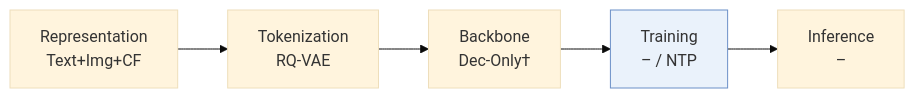
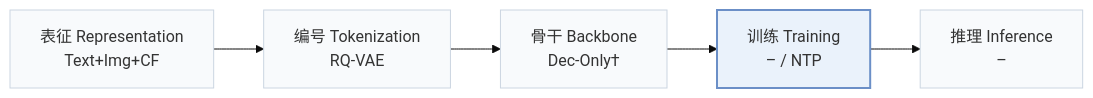
One commit to Galaxy-ghost/Awesome-SID-Generative-Rec changed the first of 2 diagrams in pages/zh/papers/cmrec.md. Above: the diagram before and after it, drawn with Mermaid (base theme). The commit also changed other lines of this file and 649 other files, not shown here.

Commit message:
writer-05: also tags and modality index (schema, check, build, visuals); summary field removed; calibration data for 12 papers

````diff
--- a/pages/zh/papers/cmrec.md
+++ b/pages/zh/papers/cmrec.md
@@ -13,6 +15,8 @@
 ```mermaid
 flowchart LR
-    R["Representation<br/>Text+Img+CF"] --> T["Tokenization<br/>RQ-VAE"] --> B["Backbone<br/>Dec-Only†"] --> TR["Training<br/>– / NTP"] --> I["Inference<br/>–"]
-    classDef main fill:#eaf2fb,stroke:#6b8fc7
+    R["表征 Representation<br/>Text+Img+CF"] --> T["编号 Tokenization<br/>RQ-VAE"] --> B["骨干 Backbone<br/>Dec-Only†"] --> TR["训练 Training<br/>– / NTP"] --> I["推理 Inference<br/>–"]
+    classDef base fill:#f8fafc,stroke:#cbd5e1
+    class R,T,B,TR,I base
+    classDef main fill:#eaf2fb,stroke:#6b8fc7,stroke-width:2px
     class TR main
 ```
````
